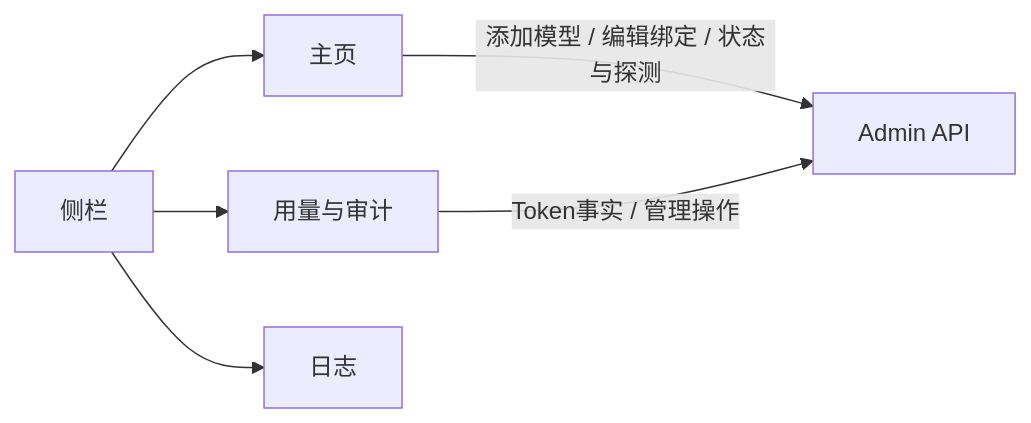
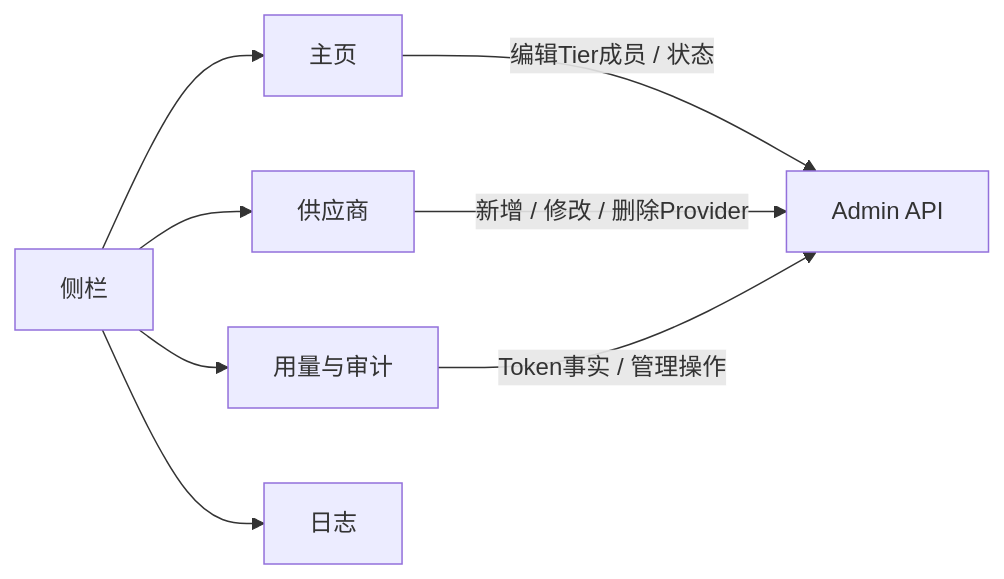
One commit to corezilla/LLMTier changed the sixth of 6 diagrams in docs/20_system_design/llmtier-system-design.md. Above: the diagram before and after it, drawn with Mermaid. The commit also changed other lines of this file and 9 other files, not shown here.

````diff
--- a/docs/20_system_design/llmtier-system-design.md
+++ b/docs/20_system_design/llmtier-system-design.md
@@ -223,8 +223,10 @@
 ```mermaid
 flowchart LR
   NAV[侧栏] --> HOME[主页]
+  NAV --> PROVIDERS[供应商]
   NAV --> RECORDS[用量与审计]
   NAV --> LOGUI[日志]
-  HOME -->|添加模型 / 编辑绑定 / 状态与探测| MAPI[Admin API]
+  HOME -->|编辑Tier成员 / 状态| MAPI[Admin API]
+  PROVIDERS -->|新增 / 修改 / 删除Provider| MAPI
   RECORDS -->|Token事实 / 管理操作| MAPI
 ```
````
